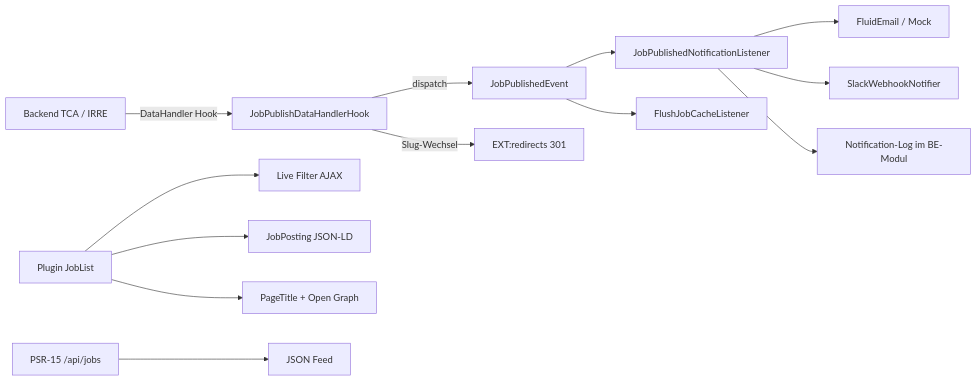
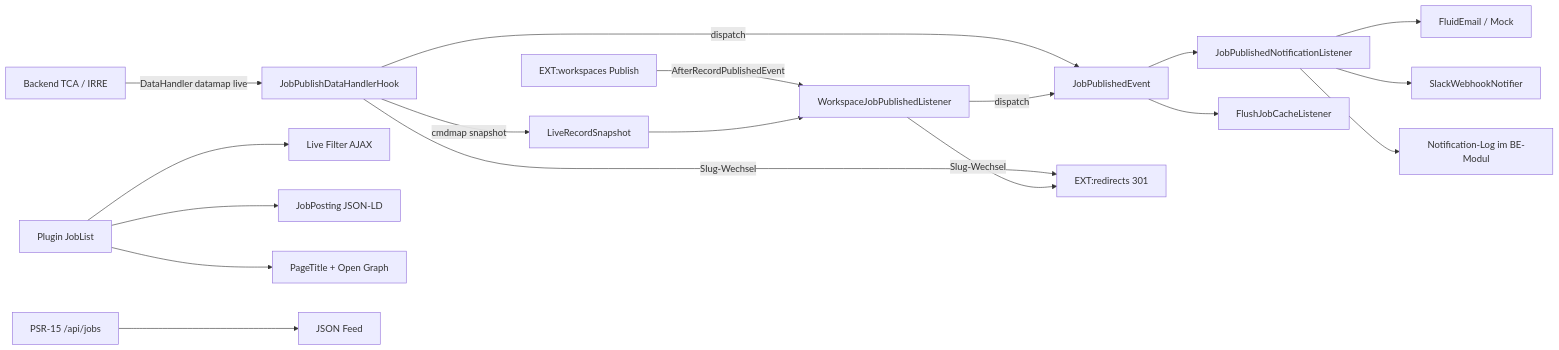
Before and after one commit to besucher80/smart-job-finder: the diagram in README.md, drawn with Mermaid. The commit also changed other lines of this file and 13 other files, not shown here.

First line of the commit message:
Enhance job publishing with workspace support

````diff
--- a/README.md
+++ b/README.md
@@ -9,15 +9,20 @@
 ```mermaid
 flowchart LR
-  BE[Backend TCA / IRRE] -->|DataHandler Hook| Hook[JobPublishDataHandlerHook]
+  BE[Backend TCA / IRRE] -->|DataHandler datamap live| Hook[JobPublishDataHandlerHook]
+  Hook -->|cmdmap snapshot| Snap[LiveRecordSnapshot]
+  WS[EXT:workspaces Publish] -->|AfterRecordPublishedEvent| WsL[WorkspaceJobPublishedListener]
+  Snap --> WsL
   Hook -->|dispatch| Event[JobPublishedEvent]
+  WsL -->|dispatch| Event
   Event --> Listener[JobPublishedNotificationListener]
   Event --> Cache[FlushJobCacheListener]
   Listener --> Mail[FluidEmail / Mock]
   Listener --> Slack[SlackWebhookNotifier]
   Listener --> Log[Notification-Log im BE-Modul]
   Hook -->|Slug-Wechsel| Redirects[EXT:redirects 301]
+  WsL -->|Slug-Wechsel| Redirects
   FE[Plugin JobList] --> Filter[Live Filter AJAX]
   FE --> JsonLd[JobPosting JSON-LD]
   FE --> Seo[PageTitle + Open Graph]
   API[PSR-15 /api/jobs] --> JSON[JSON Feed]
 ```
````
